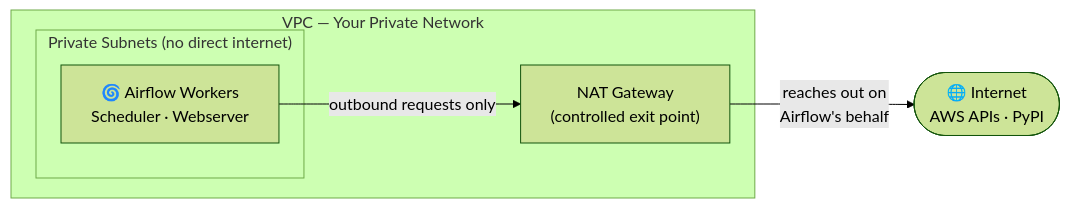
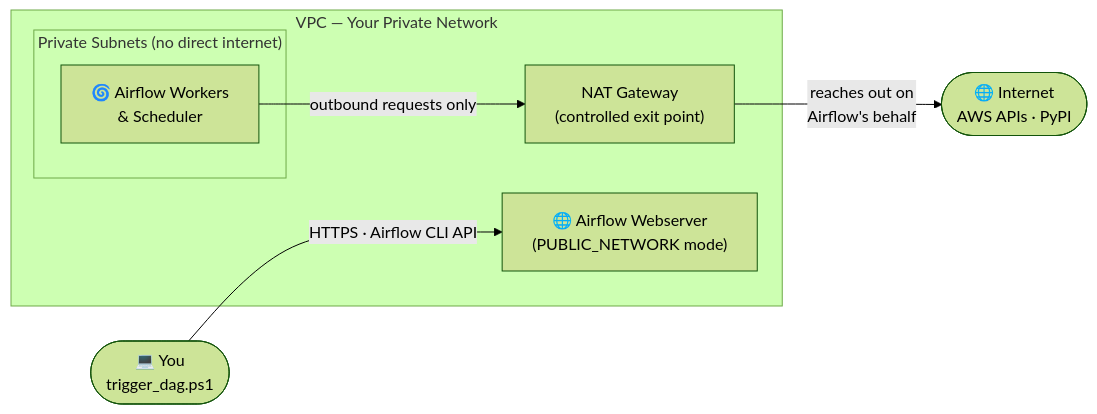
One commit to rileylarsencivicplus/aws-learning-architecture changed the third of 3 diagrams in docs/architecture.md. Above: the diagram before and after it, drawn with Mermaid (forest theme). The commit also changed other lines of this file and 5 other files, not shown here.

Commit message:
Fixed KMS perms for airflow, dag_trigger.py works.

````diff
--- a/docs/architecture.md
+++ b/docs/architecture.md
@@ -68,14 +72,17 @@
 ```mermaid
 flowchart LR
+    You(["💻 You\ntrigger_dag.ps1"])
     Internet(["🌐 Internet\nAWS APIs · PyPI"])
 
     subgraph VPC["VPC — Your Private Network"]
         subgraph Private["Private Subnets (no direct internet)"]
-            MWAA["🌀 Airflow Workers\nScheduler · Webserver"]
+            Workers["🌀 Airflow Workers\n& Scheduler"]
         end
         NAT["NAT Gateway\n(controlled exit point)"]
+        WebLB["🌐 Airflow Webserver\n(PUBLIC_NETWORK mode)"]
     end
 
-    MWAA -->|"outbound requests only"| NAT
+    You -->|"HTTPS · Airflow CLI API"| WebLB
+    Workers -->|"outbound requests only"| NAT
     NAT -->|"reaches out on\nAirflow's behalf"| Internet
 ```
````
